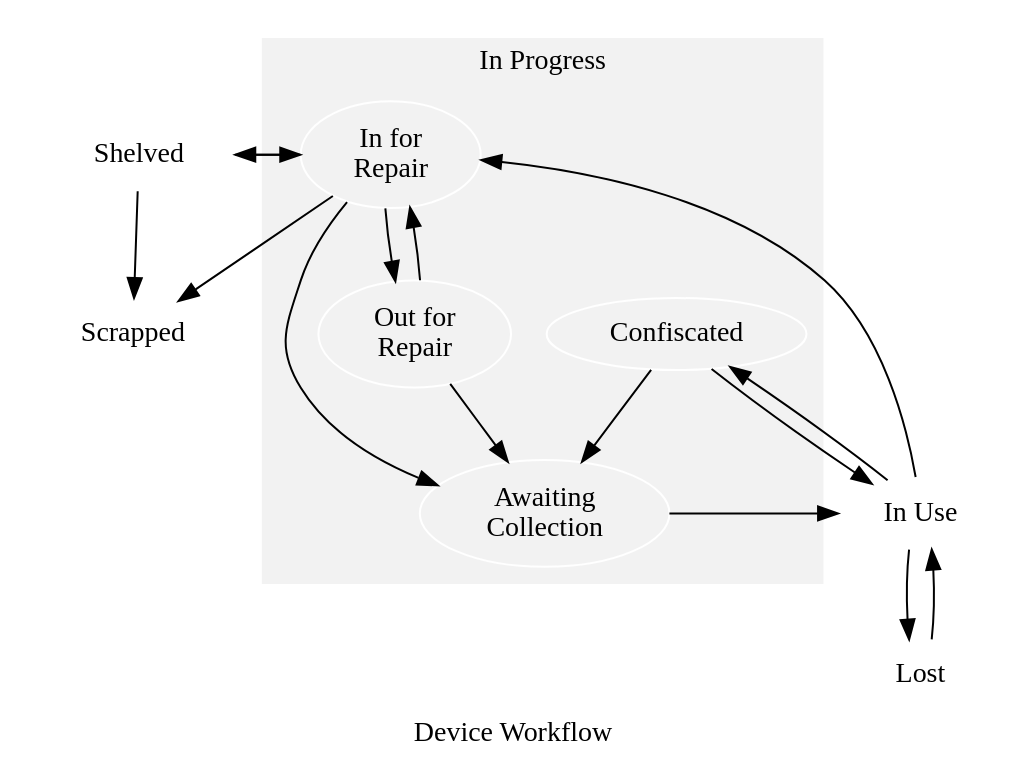
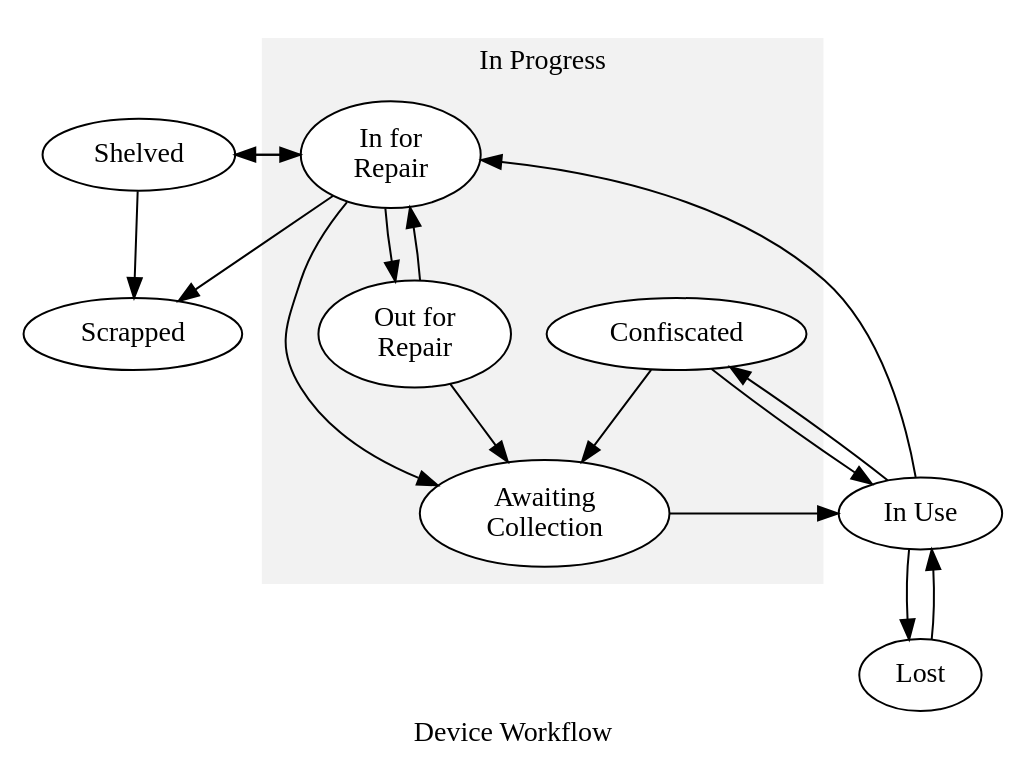
The diagram in maintenance/statuses/src/devices.dot (mike42/device-log), drawn with Graphviz before and after one commit.

Commit message:
diagram colours

```diff
--- a/maintenance/statuses/src/devices.dot
+++ b/maintenance/statuses/src/devices.dot
@@ -1,37 +1,37 @@
 digraph G {
 	graph [overlap=false];
 	label="Device Workflow";
-	node [color=white];
+	node [style=filled,fillcolor=white];
 
 	shelf [label="Shelved"];
 	lost [label="Lost"];
 	use [label="In Use"];
 	scrap [label="Scrapped"];
 
 
 	subgraph cluster0 {
 		style=filled;
 		color=grey95
 		ac [label="Awaiting\nCollection"];
 		con [label="Confiscated"];
 		in [label="In for\nRepair"];
 		out [label="Out for\nRepair"];
 		con -> ac;
 		in -> out -> ac;
 		out -> in;
 		label="In Progress";
 	}
 
 	use -> lost;
 	lost -> use;
 	use -> in;
 	ac -> use;
 	use -> con;
 	con -> use;
 	in -> shelf;
 	in -> scrap;
 	in -> ac;
 	shelf -> in;
 	shelf -> scrap;
 
 }
```
